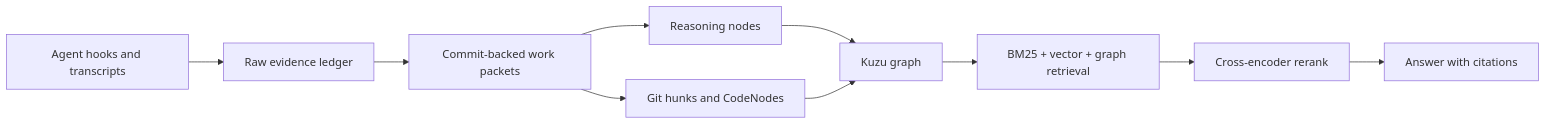
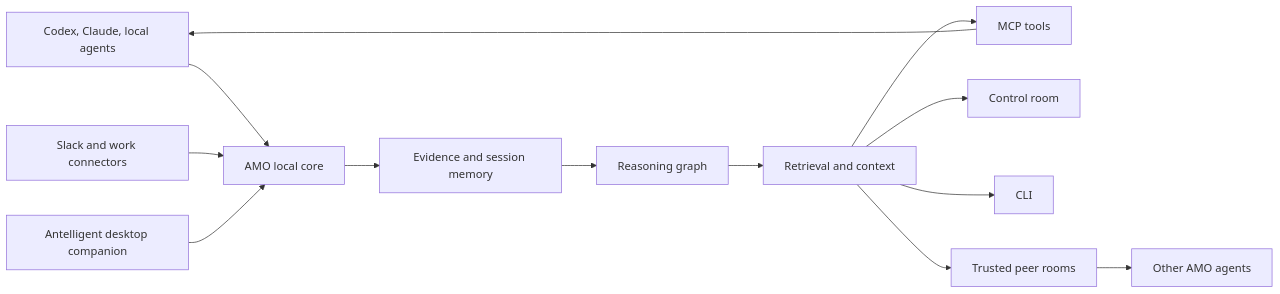
Before and after one commit to spurbey/agent-memory-orchestrator: the diagram in README.md, drawn with Mermaid. The commit also changed other lines of this file, not shown here.

````diff
--- a/README.md
+++ b/README.md
@@ -37,12 +51,18 @@
 ```mermaid
 flowchart LR
-  A[Agent hooks and transcripts] --> B[Raw evidence ledger]
-  B --> C[Commit-backed work packets]
-  C --> D[Reasoning nodes]
-  C --> E[Git hunks and CodeNodes]
-  D --> F[Kuzu graph]
-  E --> F
-  F --> G[BM25 + vector + graph retrieval]
-  G --> H[Cross-encoder rerank]
-  H --> I[Answer with citations]
+  A[Codex, Claude, local agents] --> B[AMO local core]
+  C[Slack and work connectors] --> B
+  D[Antelligent desktop companion] --> B
+
+  B --> E[Evidence and session memory]
+  E --> F[Reasoning graph]
+  F --> G[Retrieval and context]
+
+  G --> H[MCP tools]
+  G --> I[Control room]
+  G --> J[CLI]
+  G --> K[Trusted peer rooms]
+
+  K --> L[Other AMO agents]
+  H --> A
 ```
````
